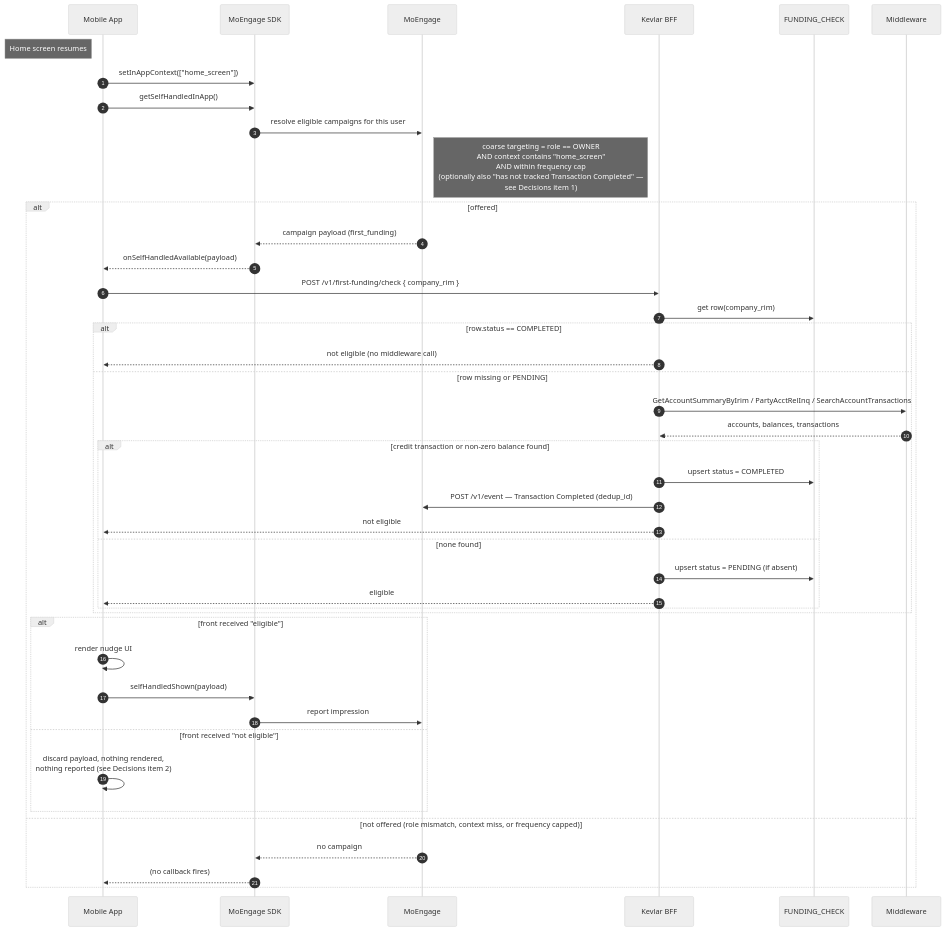
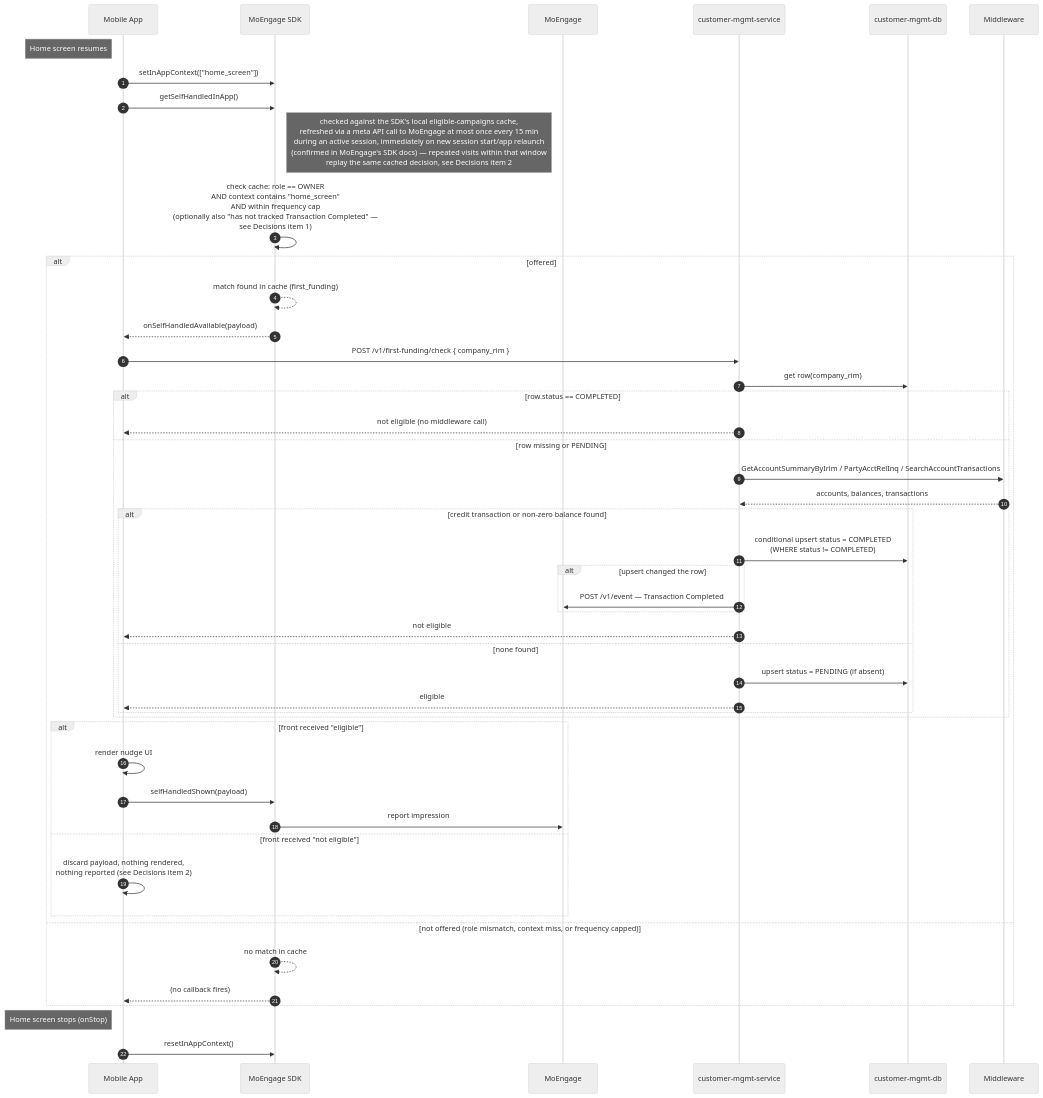
The second of 3 diagrams in nudges/First-founding-moengage-sdk-delivery-solution-design.md (tbrudnicki/cbd), drawn with Mermaid (neutral theme) before and after one commit. The commit also changed other lines of this file, not shown here.

Commit message:
sdk version improved

```diff
--- a/nudges/First-founding-moengage-sdk-delivery-solution-design.md
+++ b/nudges/First-founding-moengage-sdk-delivery-solution-design.md
@@ -70,52 +70,57 @@
 ::: mermaid
 sequenceDiagram
 autonumber
 participant front as Mobile App
 participant sdk as MoEngage SDK
 participant moe as MoEngage
-participant bff as Kevlar BFF
-participant db as FUNDING_CHECK
+participant bff as customer-mgmt-service
+participant db as customer-mgmt-db
 participant mw as Middleware
 
 Note left of front: Home screen resumes
 
 front ->> sdk: setInAppContext(["home_screen"])
 front ->> sdk: getSelfHandledInApp()
-sdk ->> moe: resolve eligible campaigns for this user
-Note right of moe: coarse targeting = role == OWNER<br>AND context contains "home_screen"<br>AND within frequency cap<br>(optionally also "has not tracked Transaction Completed" —<br>see Decisions item 1)
+Note right of sdk: checked against the SDK's local eligible-campaigns cache,<br>refreshed via a meta API call to MoEngage at most once every 15 min<br>during an active session, immediately on new session start/app relaunch<br>(confirmed in MoEngage's SDK docs) — repeated visits within that window<br>replay the same cached decision, see Decisions item 2
+sdk ->> sdk: check cache: role == OWNER<br>AND context contains "home_screen"<br>AND within frequency cap<br>(optionally also "has not tracked Transaction Completed" —<br>see Decisions item 1)
 
 alt offered
-    moe -->> sdk: campaign payload (first_funding)
+    sdk -->> sdk: match found in cache (first_funding)
     sdk -->> front: onSelfHandledAvailable(payload)
 
     front ->> bff: POST /v1/first-funding/check { company_rim }
     bff ->> db: get row(company_rim)
 
     alt row.status == COMPLETED
         bff -->> front: not eligible (no middleware call)
     else row missing or PENDING
         bff ->> mw: GetAccountSummaryByIrim / PartyAcctRelInq / SearchAccountTransactions
         mw -->> bff: accounts, balances, transactions
 
         alt credit transaction or non-zero balance found
-            bff ->> db: upsert status = COMPLETED
-            bff ->> moe: POST /v1/event — Transaction Completed (dedup_id)
+            bff ->> db: conditional upsert status = COMPLETED<br>(WHERE status != COMPLETED)
+            alt upsert changed the row
+                bff ->> moe: POST /v1/event — Transaction Completed
+            end
             bff -->> front: not eligible
         else none found
             bff ->> db: upsert status = PENDING (if absent)
             bff -->> front: eligible
         end
     end
 
     alt front received "eligible"
         front ->> front: render nudge UI
         front ->> sdk: selfHandledShown(payload)
         sdk ->> moe: report impression
     else front received "not eligible"
         front ->> front: discard payload, nothing rendered,<br>nothing reported (see Decisions item 2)
     end
 else not offered (role mismatch, context miss, or frequency capped)
-    moe -->> sdk: no campaign
+    sdk -->> sdk: no match in cache
     sdk -->> front: (no callback fires)
 end
+
+Note left of front: Home screen stops (onStop)
+front ->> sdk: resetInAppContext()
 :::
```
